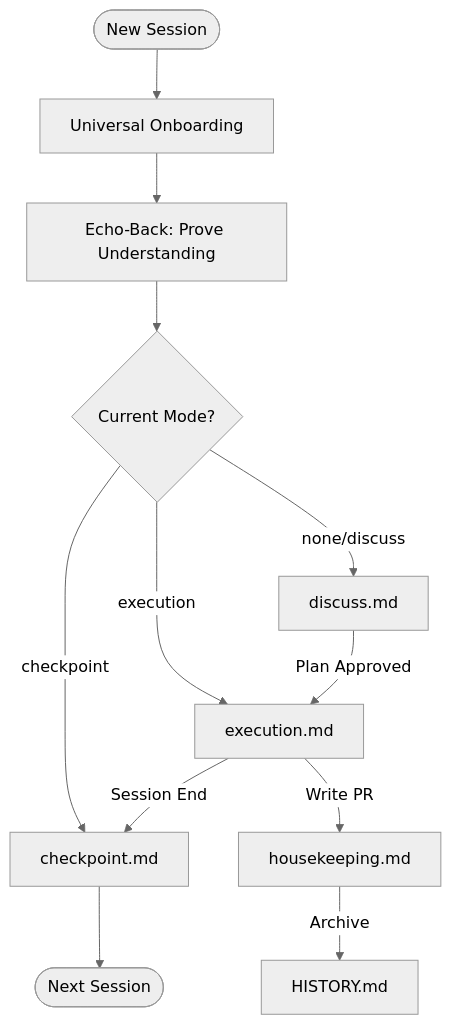
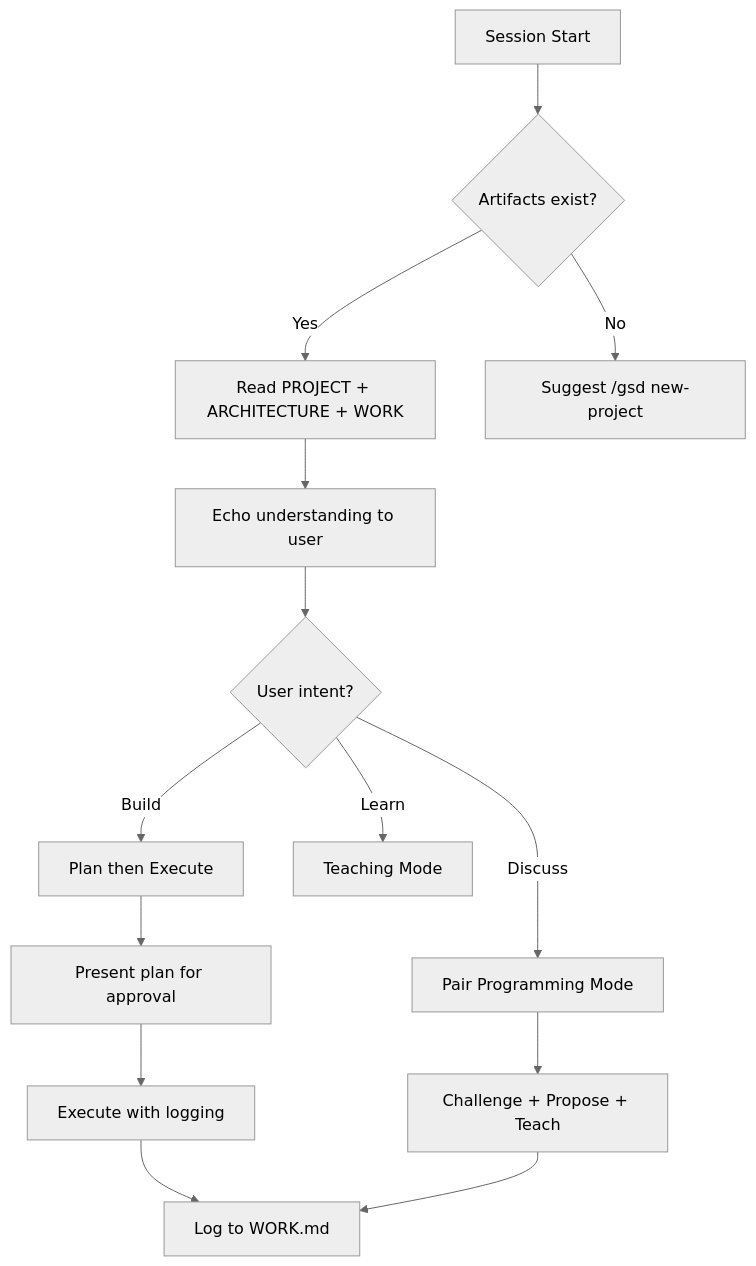
The fifth of 8 diagrams in README.md (luutuankiet/gsd-lite), drawn with Mermaid (neutral theme) before and after one commit. The commit also changed other lines of this file and 402 other files, not shown here.

````diff
--- a/README.md
+++ b/README.md
@@ -103,17 +171,16 @@
 ```mermaid
 graph TD
-    Start([New Session]) --> Boot[Universal Onboarding]
-    Boot --> Echo[Echo-Back: Prove Understanding]
-    Echo --> Route{Current Mode?}
-
-    Route -->|none/discuss| Discuss[discuss.md]
-    Route -->|execution| Execute[execution.md]
-    Route -->|checkpoint| Checkpoint[checkpoint.md]
-
-    Discuss -->|Plan Approved| Execute
-    Execute -->|Session End| Checkpoint
-    Execute -->|Write PR| Housekeeping[housekeeping.md]
-
-    Checkpoint --> Resume([Next Session])
-    Housekeeping -->|Archive| History[HISTORY.md]
+    A[Session Start] --> B{Artifacts exist?}
+    B -->|Yes| C[Read PROJECT + ARCHITECTURE + WORK]
+    B -->|No| D[Suggest /gsd new-project]
+    C --> E[Echo understanding to user]
+    E --> F{User intent?}
+    F -->|Discuss| G[Pair Programming Mode]
+    F -->|Build| H[Plan then Execute]
+    F -->|Learn| I[Teaching Mode]
+    G --> J[Challenge + Propose + Teach]
+    H --> K[Present plan for approval]
+    K --> L[Execute with logging]
+    L --> M[Log to WORK.md]
+    J --> M
 ```
````
